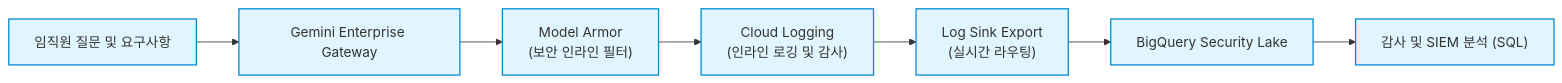
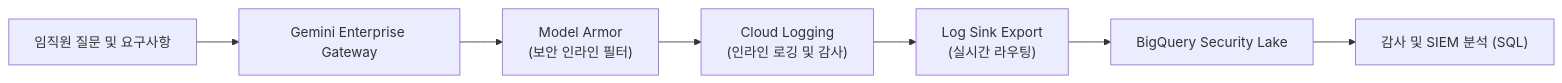
Before and after one commit to hajekim/geap.dev: the third of 3 diagrams in admin_guide.md, drawn with Mermaid. The commit also changed other lines of this file and 15 other files, not shown here.

````diff
--- a/admin_guide.md
+++ b/admin_guide.md
@@ -294,13 +171,9 @@
 ```mermaid
 graph LR
     User["임직원 질문 및 요구사항"] --> Gemini["Gemini Enterprise Gateway"]
     Gemini --> ModelArmor["Model Armor <br> (보안 인라인 필터)"]
     ModelArmor --> CloudLogging["Cloud Logging <br> (인라인 로깅 및 감사)"]
     CloudLogging --> LogSink["Log Sink Export <br> (실시간 라우팅)"]
     LogSink --> BigQuery["BigQuery Security Lake"]
     BigQuery --> SQL["감사 및 SIEM 분석 (SQL)"]
-
-    classDef default fill:#f9f9f9,stroke:#333,stroke-width:1px;
-    classDef highlight fill:#e1f5fe,stroke:#0288d1,stroke-width:1.5px;
-    class User,Gemini,ModelArmor,CloudLogging,LogSink,BigQuery,SQL highlight;
 ```
````
